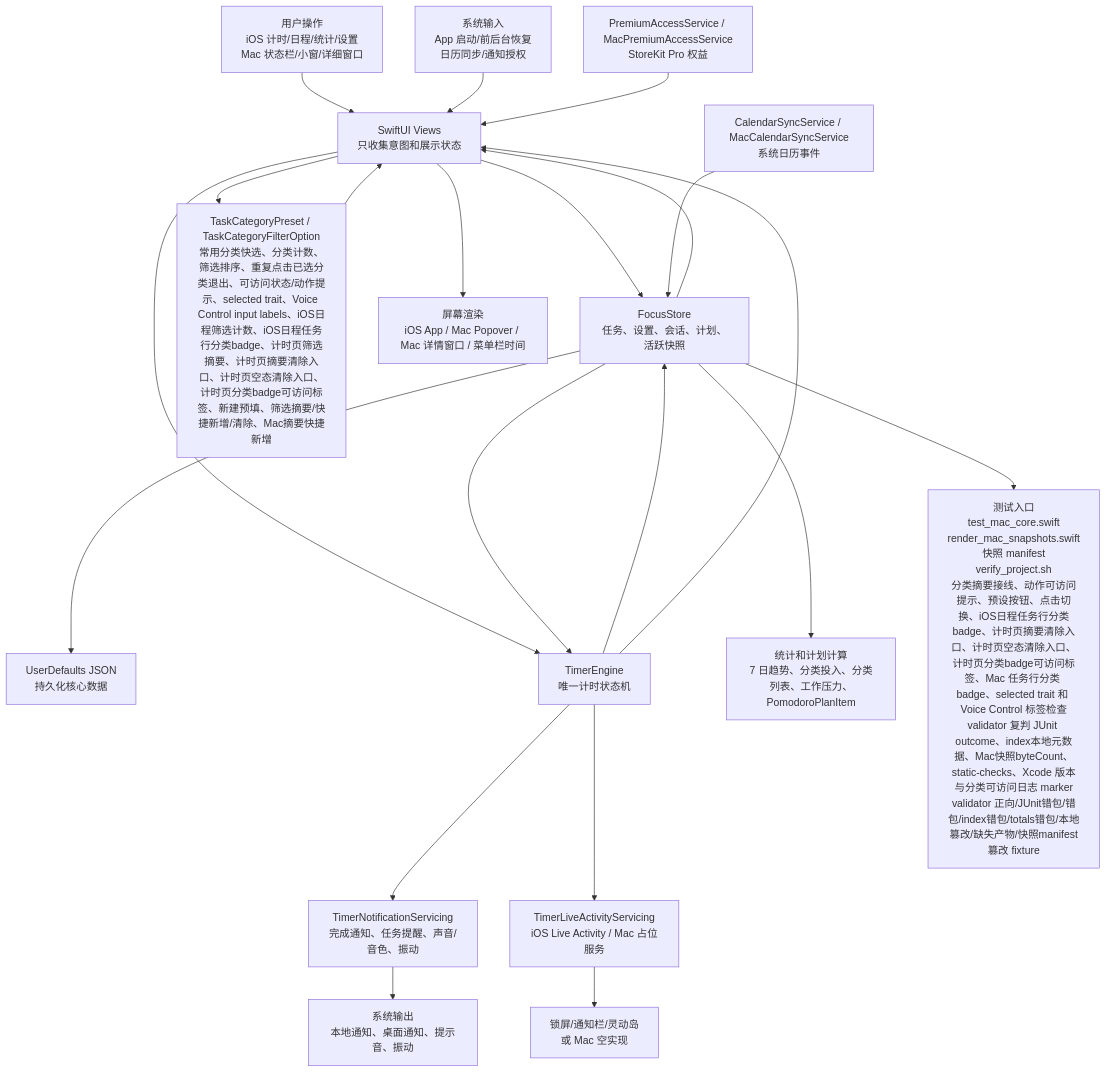
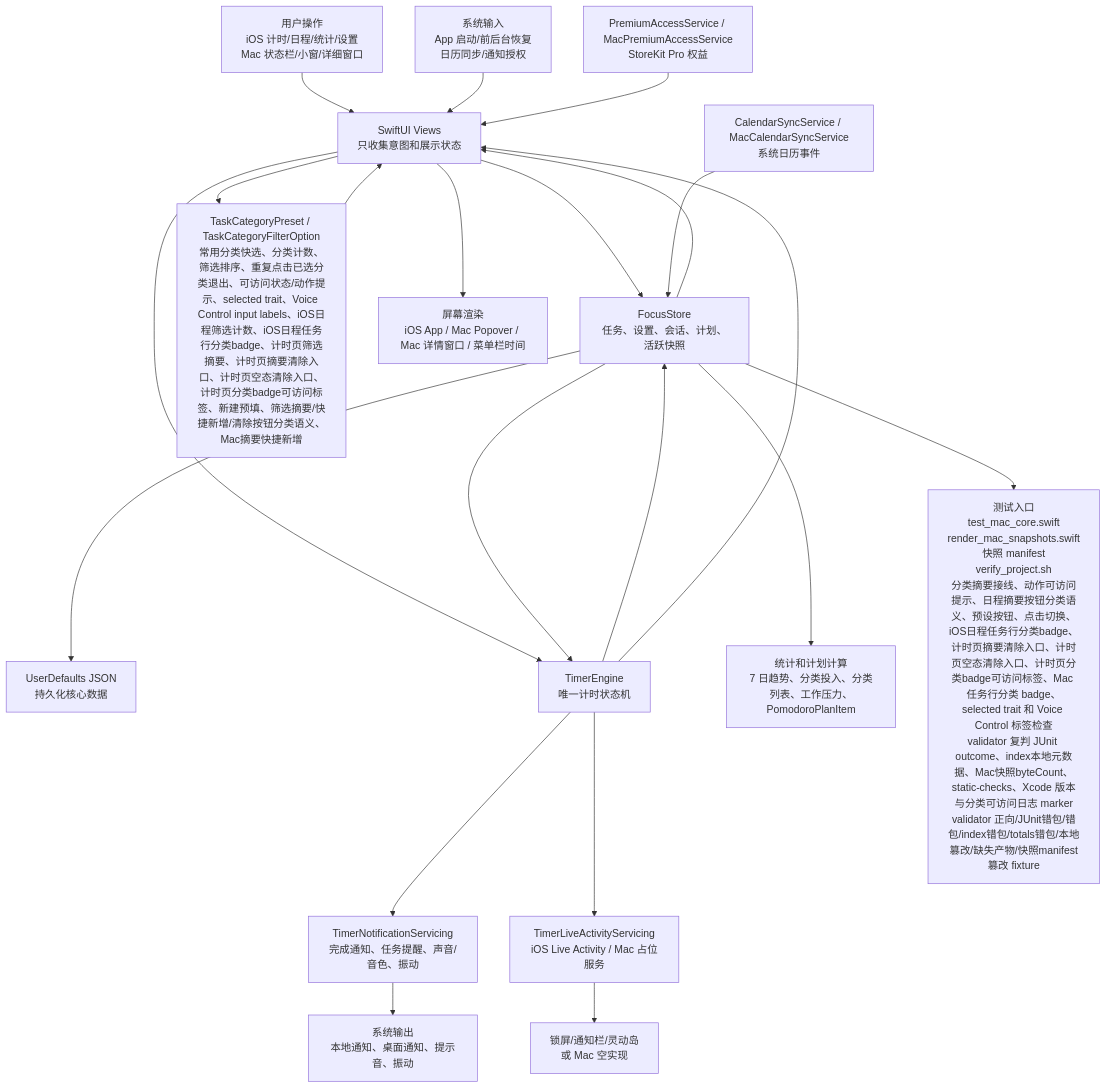
One commit to Altman-sam114/114 changed the first of 6 diagrams in md/flow/flowchart.md. Above: the diagram before and after it, drawn with Mermaid. The commit also changed other lines of this file and 8 other files, not shown here.

````diff
--- a/md/flow/flowchart.md
+++ b/md/flow/flowchart.md
@@ -9,23 +9,23 @@
 ```mermaid
 flowchart TD
   U["用户操作<br/>iOS 计时/日程/统计/设置<br/>Mac 状态栏/小窗/详细窗口"] --> V["SwiftUI Views<br/>只收集意图和展示状态"]
   SYS["系统输入<br/>App 启动/前后台恢复<br/>日历同步/通知授权"] --> V
   V --> S["FocusStore<br/>任务、设置、会话、计划、活跃快照"]
-  V --> CAT["TaskCategoryPreset / TaskCategoryFilterOption<br/>常用分类快选、分类计数、筛选排序、重复点击已选分类退出、可访问状态/动作提示、selected trait、Voice Control input labels、iOS日程筛选计数、iOS日程任务行分类badge、计时页筛选摘要、计时页摘要清除入口、计时页空态清除入口、计时页分类badge可访问标签、新建预填、筛选摘要/快捷新增/清除、Mac摘要快捷新增"]
+  V --> CAT["TaskCategoryPreset / TaskCategoryFilterOption<br/>常用分类快选、分类计数、筛选排序、重复点击已选分类退出、可访问状态/动作提示、selected trait、Voice Control input labels、iOS日程筛选计数、iOS日程任务行分类badge、计时页筛选摘要、计时页摘要清除入口、计时页空态清除入口、计时页分类badge可访问标签、新建预填、筛选摘要/快捷新增/清除按钮分类语义、Mac摘要快捷新增"]
   CAT --> V
   S --> P["UserDefaults JSON<br/>持久化核心数据"]
   V --> E["TimerEngine<br/>唯一计时状态机"]
   S --> E
   E --> S
   E --> N["TimerNotificationServicing<br/>完成通知、任务提醒、声音/音色、振动"]
   E --> L["TimerLiveActivityServicing<br/>iOS Live Activity / Mac 占位服务"]
   S --> C["统计和计划计算<br/>7 日趋势、分类投入、分类列表、工作压力、PomodoroPlanItem"]
   CAL["CalendarSyncService / MacCalendarSyncService<br/>系统日历事件"] --> S
   PRO["PremiumAccessService / MacPremiumAccessService<br/>StoreKit Pro 权益"] --> V
   S --> V
   E --> V
   V --> OUT["屏幕渲染<br/>iOS App / Mac Popover / Mac 详情窗口 / 菜单栏时间"]
   N --> OUT2["系统输出<br/>本地通知、桌面通知、提示音、振动"]
   L --> OUT3["锁屏/通知栏/灵动岛<br/>或 Mac 空实现"]
-  S --> T["测试入口<br/>test_mac_core.swift<br/>render_mac_snapshots.swift<br/>快照 manifest<br/>verify_project.sh<br/>分类摘要接线、动作可访问提示、预设按钮、点击切换、iOS日程任务行分类badge、计时页摘要清除入口、计时页空态清除入口、计时页分类badge可访问标签、Mac 任务行分类 badge、selected trait 和 Voice Control 标签检查<br/>validator 复判 JUnit outcome、index本地元数据、Mac快照byteCount、static-checks、Xcode 版本与分类可访问日志 marker<br/>validator 正向/JUnit错包/错包/index错包/totals错包/本地篡改/缺失产物/快照manifest篡改 fixture"]
+  S --> T["测试入口<br/>test_mac_core.swift<br/>render_mac_snapshots.swift<br/>快照 manifest<br/>verify_project.sh<br/>分类摘要接线、动作可访问提示、日程摘要按钮分类语义、预设按钮、点击切换、iOS日程任务行分类badge、计时页摘要清除入口、计时页空态清除入口、计时页分类badge可访问标签、Mac 任务行分类 badge、selected trait 和 Voice Control 标签检查<br/>validator 复判 JUnit outcome、index本地元数据、Mac快照byteCount、static-checks、Xcode 版本与分类可访问日志 marker<br/>validator 正向/JUnit错包/错包/index错包/totals错包/本地篡改/缺失产物/快照manifest篡改 fixture"]
 ```
````
